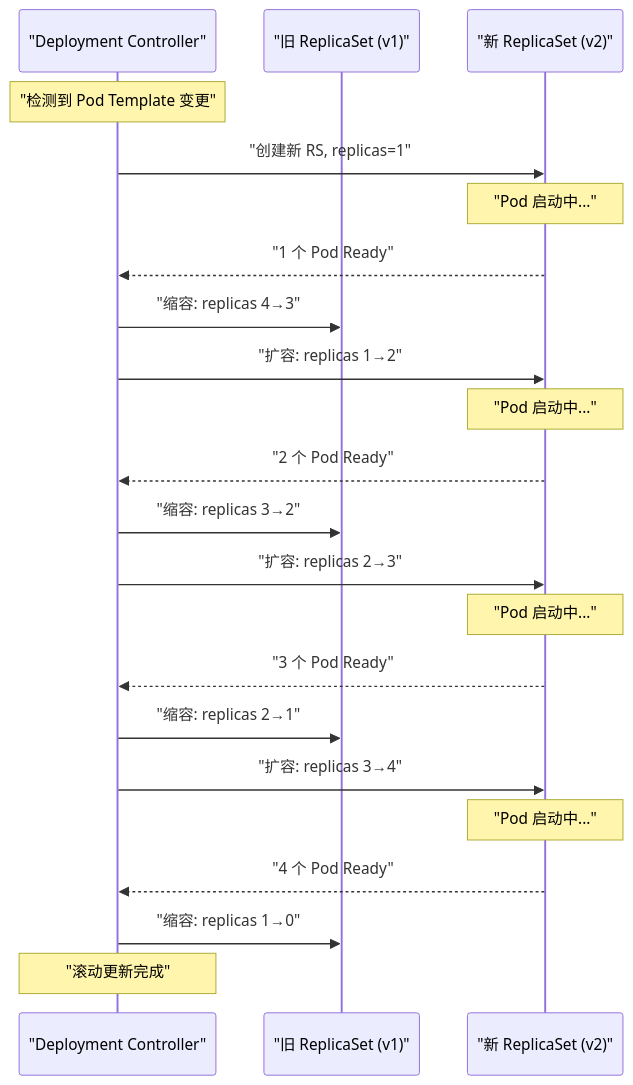
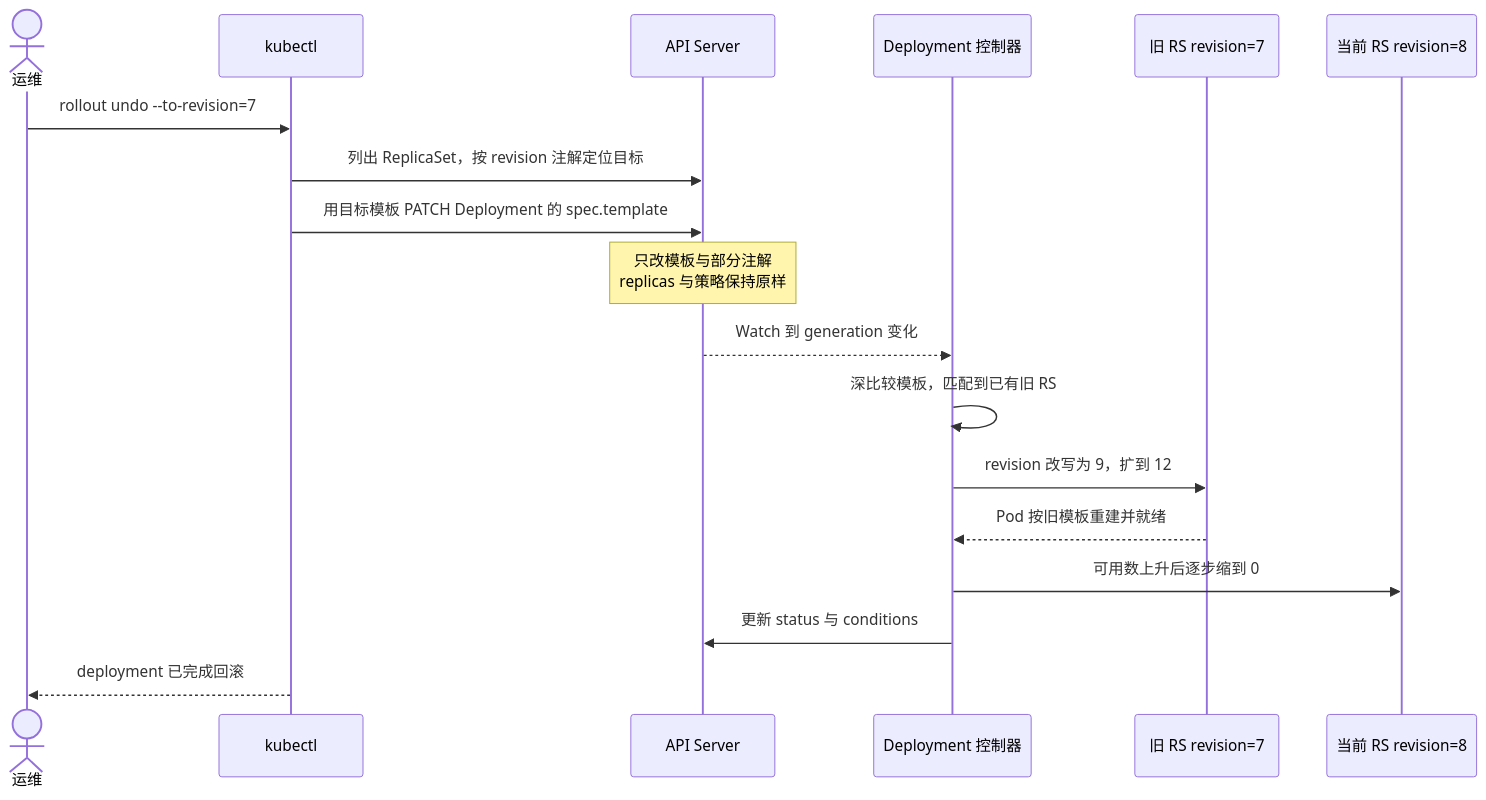
The third of 6 diagrams in content/云原生/Kubernetes/kubernetes控制器和调度器/02 Deployment 控制器深度解析.md (hpliStartAgain/my-brain), drawn with Mermaid before and after one commit. The commit also changed other lines of this file and 259 other files, not shown here.

````diff
--- a/content/云原生/Kubernetes/kubernetes控制器和调度器/02 Deployment 控制器深度解析.md
+++ b/content/云原生/Kubernetes/kubernetes控制器和调度器/02 Deployment 控制器深度解析.md
@@ -154,26 +192,22 @@
 ```mermaid
 %%{init: {'theme': 'dracula'}}%%
 sequenceDiagram
-    participant DC as "Deployment Controller"
-    participant ORS as "旧 ReplicaSet (v1)"
-    participant NRS as "新 ReplicaSet (v2)"
-    
-    Note over DC: "检测到 Pod Template 变更"
-    DC->>NRS: "创建新 RS, replicas=1"
-    Note over NRS: "Pod 启动中..."
-    NRS-->>DC: "1 个 Pod Ready"
-    DC->>ORS: "缩容: replicas 4→3"
-    DC->>NRS: "扩容: replicas 1→2"
-    Note over NRS: "Pod 启动中..."
-    NRS-->>DC: "2 个 Pod Ready"
-    DC->>ORS: "缩容: replicas 3→2"
-    DC->>NRS: "扩容: replicas 2→3"
-    Note over NRS: "Pod 启动中..."
-    NRS-->>DC: "3 个 Pod Ready"
-    DC->>ORS: "缩容: replicas 2→1"
-    DC->>NRS: "扩容: replicas 3→4"
-    Note over NRS: "Pod 启动中..."
-    NRS-->>DC: "4 个 Pod Ready"
-    DC->>ORS: "缩容: replicas 1→0"
-    Note over DC: "滚动更新完成"
+    actor Ops as 运维
+    participant K as kubectl
+    participant API as API Server
+    participant DC as Deployment 控制器
+    participant ORS as 旧 RS revision=7
+    participant CRS as 当前 RS revision=8
+
+    Ops->>K: rollout undo --to-revision=7
+    K->>API: 列出 ReplicaSet，按 revision 注解定位目标
+    K->>API: 用目标模板 PATCH Deployment 的 spec.template
+    Note over API: 只改模板与部分注解<br/>replicas 与策略保持原样
+    API-->>DC: Watch 到 generation 变化
+    DC->>DC: 深比较模板，匹配到已有旧 RS
+    DC->>ORS: revision 改写为 9，扩到 12
+    ORS-->>DC: Pod 按旧模板重建并就绪
+    DC->>CRS: 可用数上升后逐步缩到 0
+    DC->>API: 更新 status 与 conditions
+    K-->>Ops: deployment 已完成回滚
 ```
````
